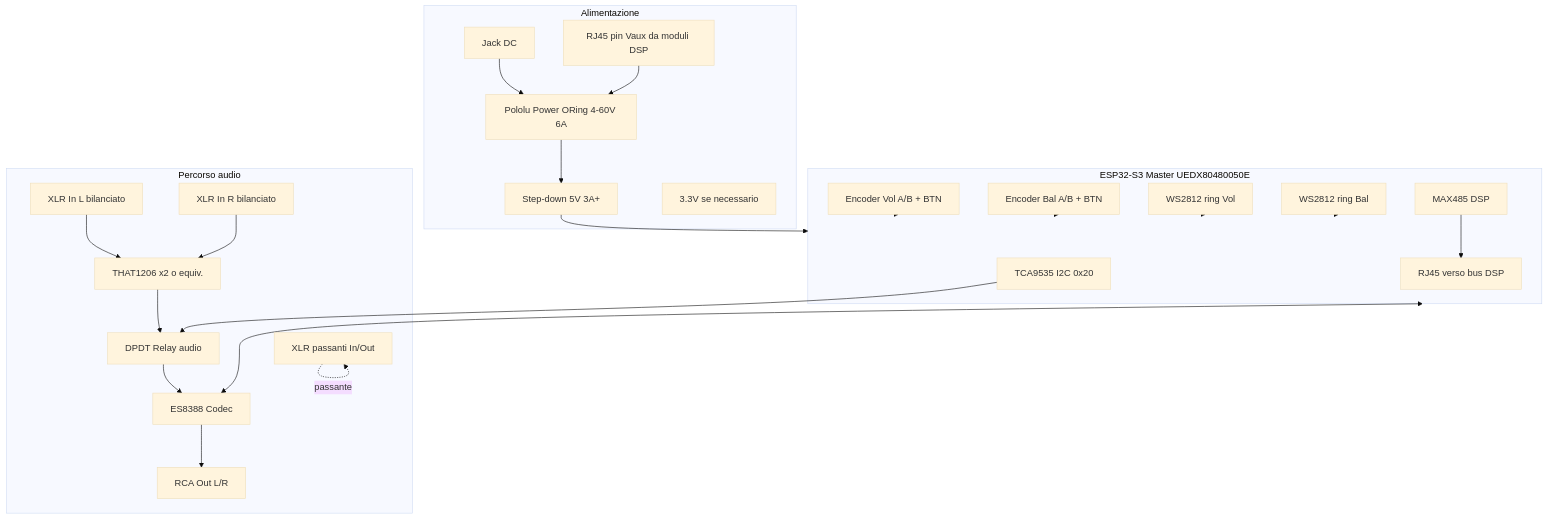
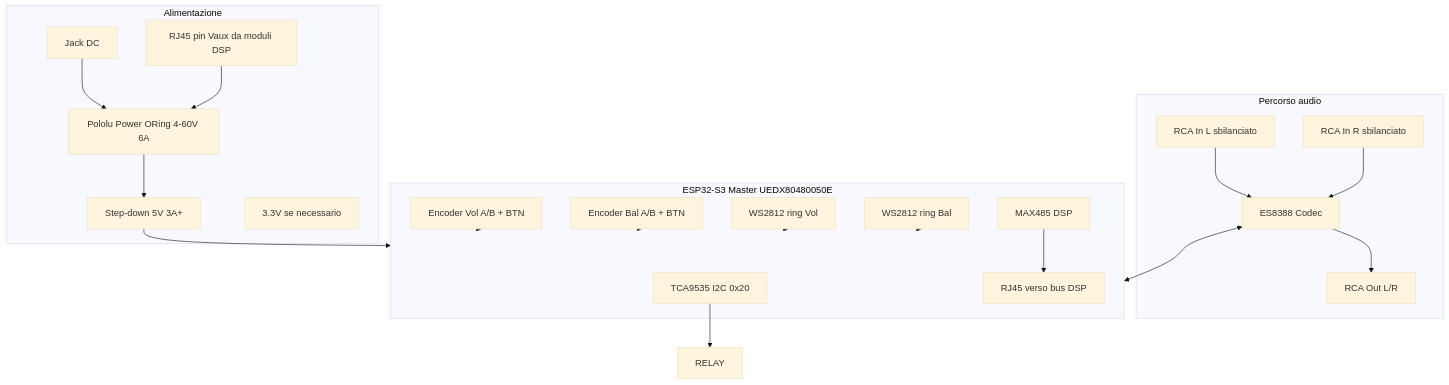
The diagram in docs/CABLING_COMPLETE.md (house79-gex/dsp-control), drawn with Mermaid (base theme) before and after one commit. The commit also changed other lines of this file and 8 other files, not shown here.

First line of the commit message:
docs: allinea audio RCA, Denon e schemi collegamento

````diff
--- a/docs/CABLING_COMPLETE.md
+++ b/docs/CABLING_COMPLETE.md
@@ -29,45 +29,39 @@
 ```mermaid
 flowchart TB
   subgraph PWR["Alimentazione"]
     JACK[Jack DC]
     RJ45_PWR[RJ45 pin Vaux da moduli DSP]
     ORING[Pololu Power ORing 4-60V 6A]
     BUCK5[Step-down 5V 3A+]
     BUCK33[3.3V se necessario]
   end
   subgraph AUDIO["Percorso audio"]
-    XLR_IN_L[XLR In L bilanciato]
-    XLR_IN_R[XLR In R bilanciato]
-    BAL2SE[THAT1206 x2 o equiv.]
-    RELAY[DPDT Relay audio]
-    ES8388[ES8388 Codec]
-    RCA_OUT[RCA Out L/R]
-    XLR_THRU[XLR passanti In/Out]
+  RCA_IN_L[RCA In L sbilanciato]
+  RCA_IN_R[RCA In R sbilanciato]
+  ES8388[ES8388 Codec]
+  RCA_OUT[RCA Out L/R]
   end
   subgraph MCU["ESP32-S3 Master UEDX80480050E"]
     ENC_V[Encoder Vol A/B + BTN]
     ENC_B[Encoder Bal A/B + BTN]
     RING_V[WS2812 ring Vol]
     RING_B[WS2812 ring Bal]
     TCA[TCA9535 I2C 0x20]
     MAX_DSP[MAX485 DSP]
     RJ45_DSP[RJ45 verso bus DSP]
   end
   JACK --> ORING
   RJ45_PWR --> ORING
   ORING --> BUCK5
   BUCK5 --> MCU
-  XLR_IN_L --> BAL2SE
-  XLR_IN_R --> BAL2SE
-  BAL2SE --> RELAY
-  RELAY --> ES8388
+  RCA_IN_L --> ES8388
+  RCA_IN_R --> ES8388
   ES8388 --> RCA_OUT
-  XLR_THRU -.->|passante| XLR_THRU
   ENC_V --> MCU
   ENC_B --> MCU
   RING_V --> MCU
   RING_B --> MCU
   TCA --> RELAY
   MAX_DSP --> RJ45_DSP
   ES8388 <--> MCU
 ```
````
